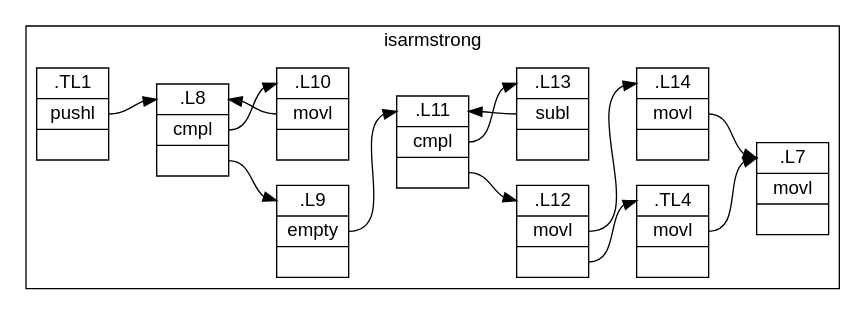
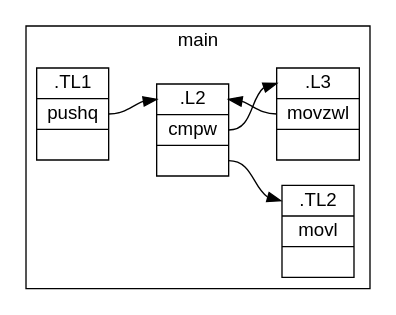
One commit to Antrea155/C-Decompiler changed the diagram in dot/cfgimages.dot. Above: the diagram before and after it, drawn with Graphviz. The commit also changed 5 other files, not shown here.

```diff
--- a/dot/cfgimages.dot
+++ b/dot/cfgimages.dot
@@ -1,94 +1,46 @@
 digraph g {
 fontname="Helvetica,Arial,sans-serif"
 node [fontname="Helvetica,Arial,sans-serif"]
 edge [fontname="Helvetica,Arial,sans-serif"]
 graph [
 rankdir = "LR"
 ];
 node [
 fontsize = "14"
 shape = "ellipse"
 ];
 edge [
 ];
-subgraph "isarmstrong" {
-label = "isarmstrong";
+subgraph "main" {
+label = "main";
 cluster=true;
 ".TL1"[
-label = "<f0>.TL1| <f1> pushl |<f2>"
+label = "<f0>.TL1| <f1> pushq |<f2>"
 shape = "record"
 ];
-".TL1":f1 -> ".L8":f0 [
+".TL1":f1 -> ".L2":f0 [
 id=1
 ];
-".L8"[
-label = "<f0>.L8| <f1> cmpl |<f2>"
+".L3"[
+label = "<f0>.L3| <f1> movzwl |<f2>"
 shape = "record"
 ];
-".L8":f1 -> ".L10":f0 [
+".L3":f1 -> ".L2":f0 [
 id=1
 ];
-".L8":f2 -> ".L9":f0 [
+".L2"[
+label = "<f0>.L2| <f1> cmpw |<f2>"
+shape = "record"
+];
+".L2":f1 -> ".L3":f0 [
 id=1
 ];
-".L10"[
-label = "<f0>.L10| <f1> movl |<f2>"
-shape = "record"
-];
-".L10":f1 -> ".L8":f0 [
+".L2":f2 -> ".TL2":f0 [
 id=1
 ];
-".L9"[
-label = "<f0>.L9| <f1> empty |<f2>"
-shape = "record"
-];
-".L9":f1 -> ".L11":f0 [
-id=1
-];
-".L11"[
-label = "<f0>.L11| <f1> cmpl |<f2>"
-shape = "record"
-];
-".L11":f1 -> ".L13":f0 [
-id=1
-];
-".L11":f2 -> ".L12":f0 [
-id=1
-];
-".L13"[
-label = "<f0>.L13| <f1> subl |<f2>"
-shape = "record"
-];
-".L13":f1 -> ".L11":f0 [
-id=1
-];
-".L12"[
-label = "<f0>.L12| <f1> movl |<f2>"
-shape = "record"
-];
-".L12":f1 -> ".L14":f0 [
-id=1
-];
-".L12":f2 -> ".TL4":f0 [
-id=1
-];
-".TL4"[
-label = "<f0>.TL4| <f1> movl |<f2>"
-shape = "record"
-];
-".TL4":f1 -> ".L7":f0 [
-id=1
-];
-".L14"[
-label = "<f0>.L14| <f1> movl |<f2>"
-shape = "record"
-];
-".L14":f1 -> ".L7":f0 [
-id=1
-];
-".L7"[
-label = "<f0>.L7| <f1> movl |<f2>"
+".TL2"[
+label = "<f0>.TL2| <f1> movl |<f2>"
 shape = "record"
 ];
 }
 }
```
